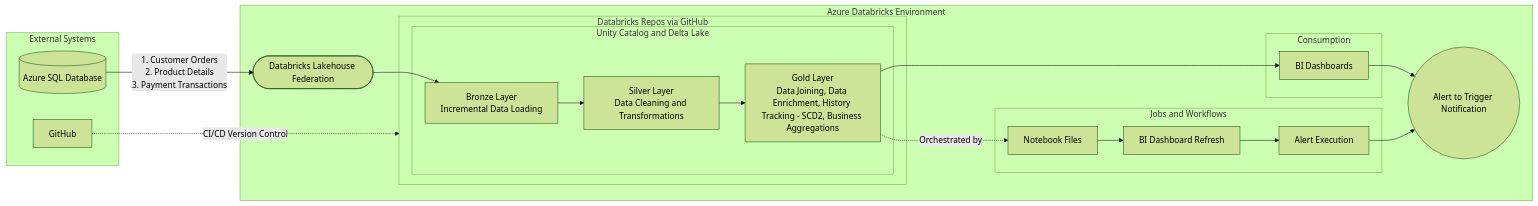
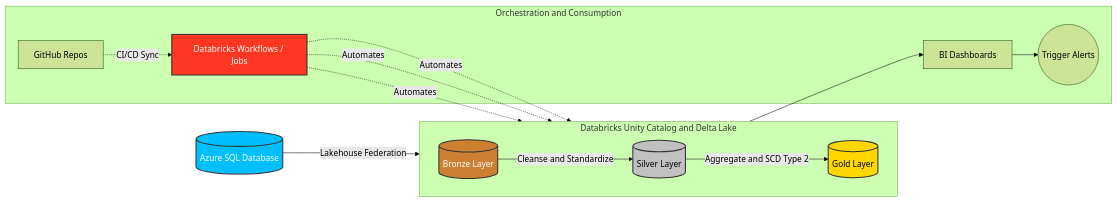
Before and after one commit to ahmedelsheikh109/Novacart-Case-Study: the diagram in README.md, drawn with Mermaid (forest theme).

Commit message:
Simplify Mermaid diagram and add colors

````diff
--- a/README.md
+++ b/README.md
@@ -26,48 +26,27 @@
 ```mermaid
 graph LR
-    subgraph External_Systems [External Systems]
-        SQL[(Azure SQL Database)]
-        GH[GitHub]
+    %% Define styles for obvious colors
+    classDef bronze fill:#cd7f32,stroke:#333,stroke-width:2px,color:#fff;
+    classDef silver fill:#c0c0c0,stroke:#333,stroke-width:2px,color:#000;
+    classDef gold fill:#ffd700,stroke:#333,stroke-width:2px,color:#000;
+    classDef sql fill:#00bfff,stroke:#333,stroke-width:2px,color:#fff;
+    classDef databricks fill:#ff3621,stroke:#333,stroke-width:2px,color:#fff;
+
+    SQL[(Azure SQL Database)]:::sql -->|Lakehouse Federation| B
+    
+    subgraph Medallion Architecture [Databricks Unity Catalog and Delta Lake]
+        direction LR
+        B[(Bronze Layer)]:::bronze -->|Cleanse and Standardize| S[(Silver Layer)]:::silver
+        S -->|Aggregate and SCD Type 2| G[(Gold Layer)]:::gold
     end
-
-    SQL -->|"1. Customer Orders<br>2. Product Details<br>3. Payment Transactions"| LF
     
-    subgraph Azure_Databricks [Azure Databricks Environment]
-        LF([Databricks Lakehouse Federation])
+    subgraph Orchestration and Consumption
+        G --> BI[BI Dashboards]
+        BI --> AL((Trigger Alerts))
         
-        subgraph Databricks_Repos [Databricks Repos via GitHub]
-            subgraph Unity_Catalog [Unity Catalog and Delta Lake]
-                B["Bronze Layer<br>Incremental Data Loading"]
-                S["Silver Layer<br>Data Cleaning and Transformations"]
-                G["Gold Layer<br>Data Joining, Data Enrichment, History Tracking - SCD2, Business Aggregations"]
-            end
-        end
-
-        subgraph Consumption [Consumption]
-            BI[BI Dashboards]
-        end
-
-        subgraph Jobs_Workflows [Jobs and Workflows]
-            W_N[Notebook Files]
-            W_D[BI Dashboard Refresh]
-            W_A[Alert Execution]
-        end
-
-        Alert((Alert to Trigger Notification))
+        GH[GitHub Repos] -.->|CI/CD Sync| W[Databricks Workflows / Jobs]:::databricks
+        W -.->|Automates| B
+        W -.->|Automates| S
+        W -.->|Automates| G
     end
-
-    LF --> B
-    B --> S
-    S --> G
-    
-    GH -.->|"CI/CD Version Control"| Databricks_Repos
-
-    G --> BI
-    G -.->|"Orchestrated by"| W_N
-    
-    W_N --> W_D
-    W_D --> W_A
-    
-    BI --> Alert
-    W_A --> Alert
 ```
````
